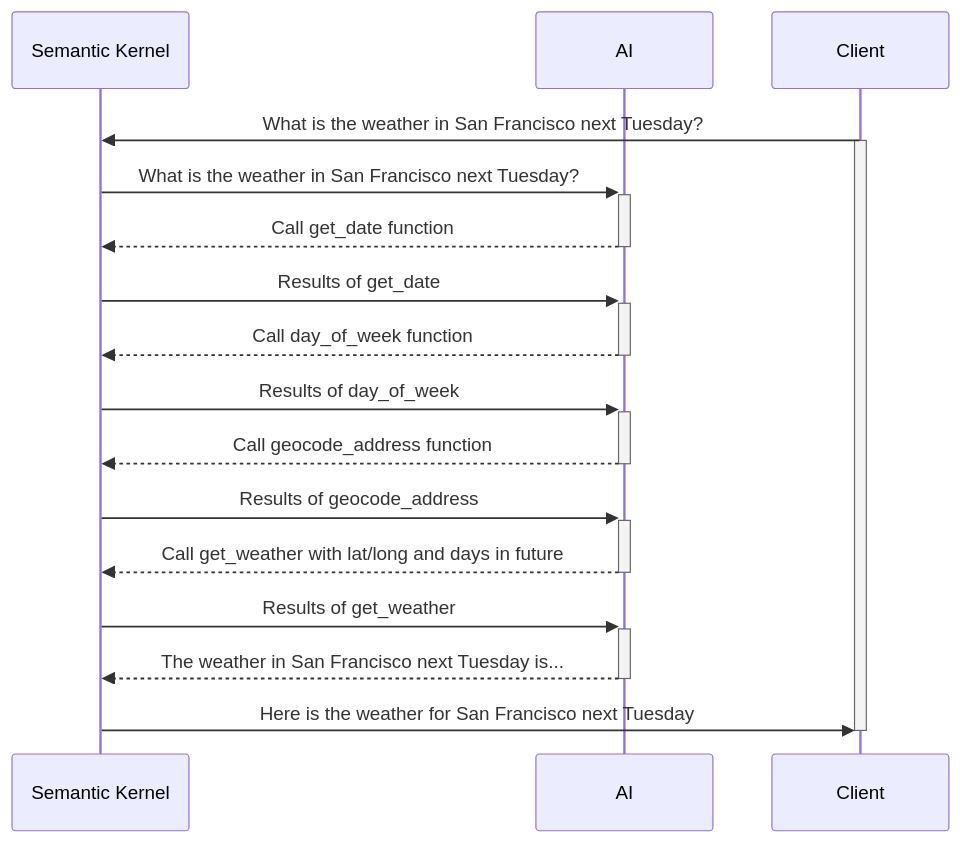
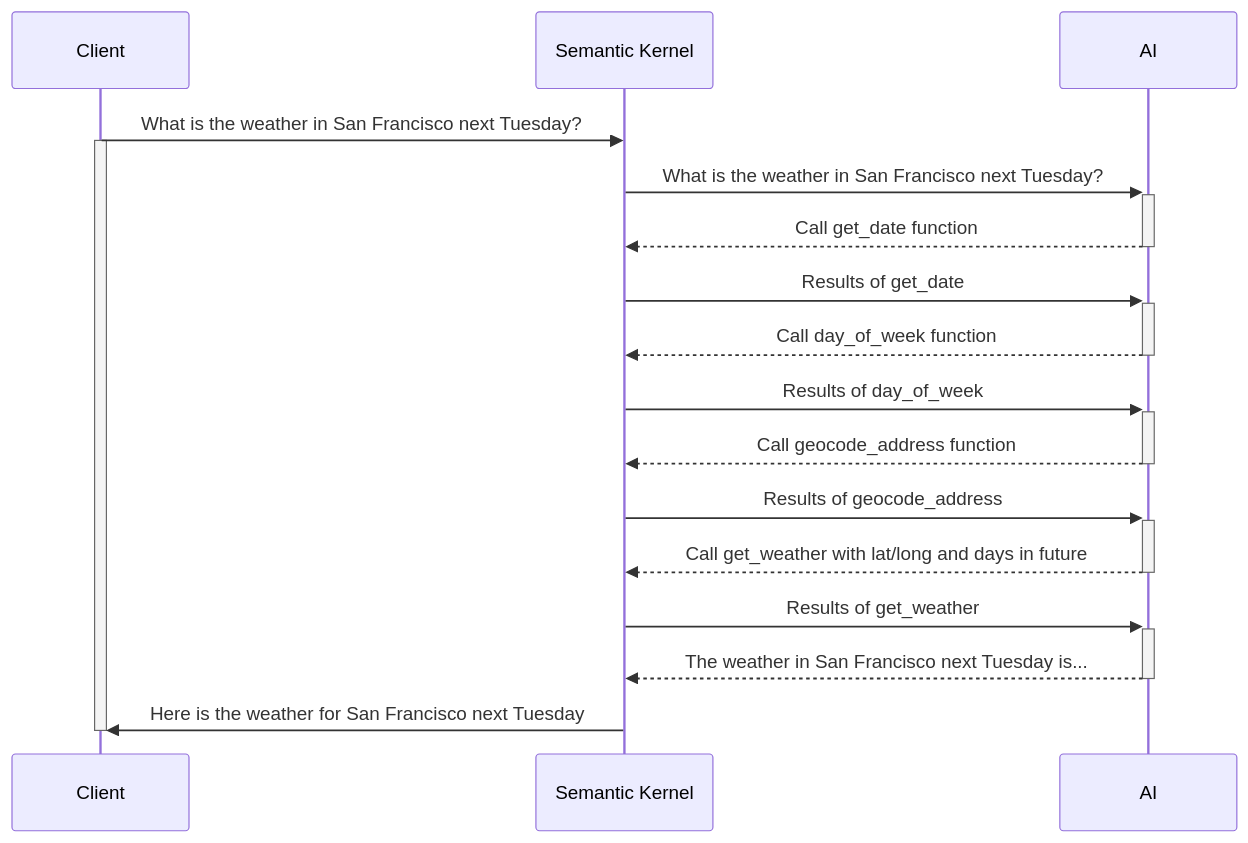
Before and after one commit to RandyPatterson/AOAI_Student: the diagram in Challenge-03.md, drawn with Mermaid. The commit also changed other lines of this file and 11 other files, not shown here.

````diff
--- a/Challenge-03.md
+++ b/Challenge-03.md
@@ -102,20 +102,20 @@
     ```mermaid
     sequenceDiagram
+        participant C as Client
         participant S as Semantic Kernel
         participant A as AI
-        participant C as Client
         C->>S: What is the weather in San Francisco next Tuesday?
         activate C
         S->>+A: What is the weather in San Francisco next Tuesday?
         A-->>-S: Call get_date function
         S->>+A: Results of get_date
         A-->>-S: Call day_of_week function
         S->>+A: Results of day_of_week
         A-->>-S: Call geocode_address function
         S->>+A: Results of geocode_address
         A-->>-S: Call get_weather with lat/long and days in future
         S->>+A: Results of get_weather
         A-->>-S: The weather in San Francisco next Tuesday is...
         S->>C: Here is the weather for San Francisco next Tuesday
         deactivate C
     ```
````
